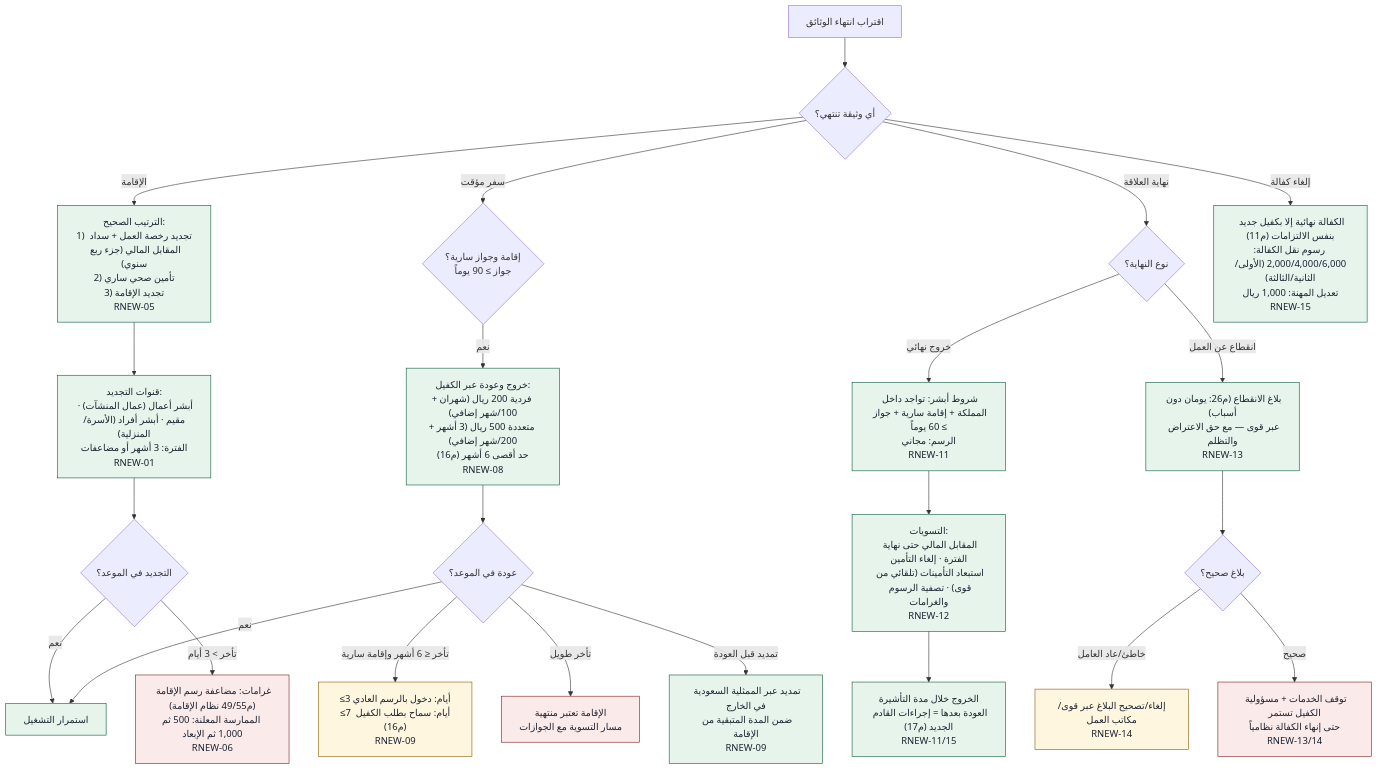
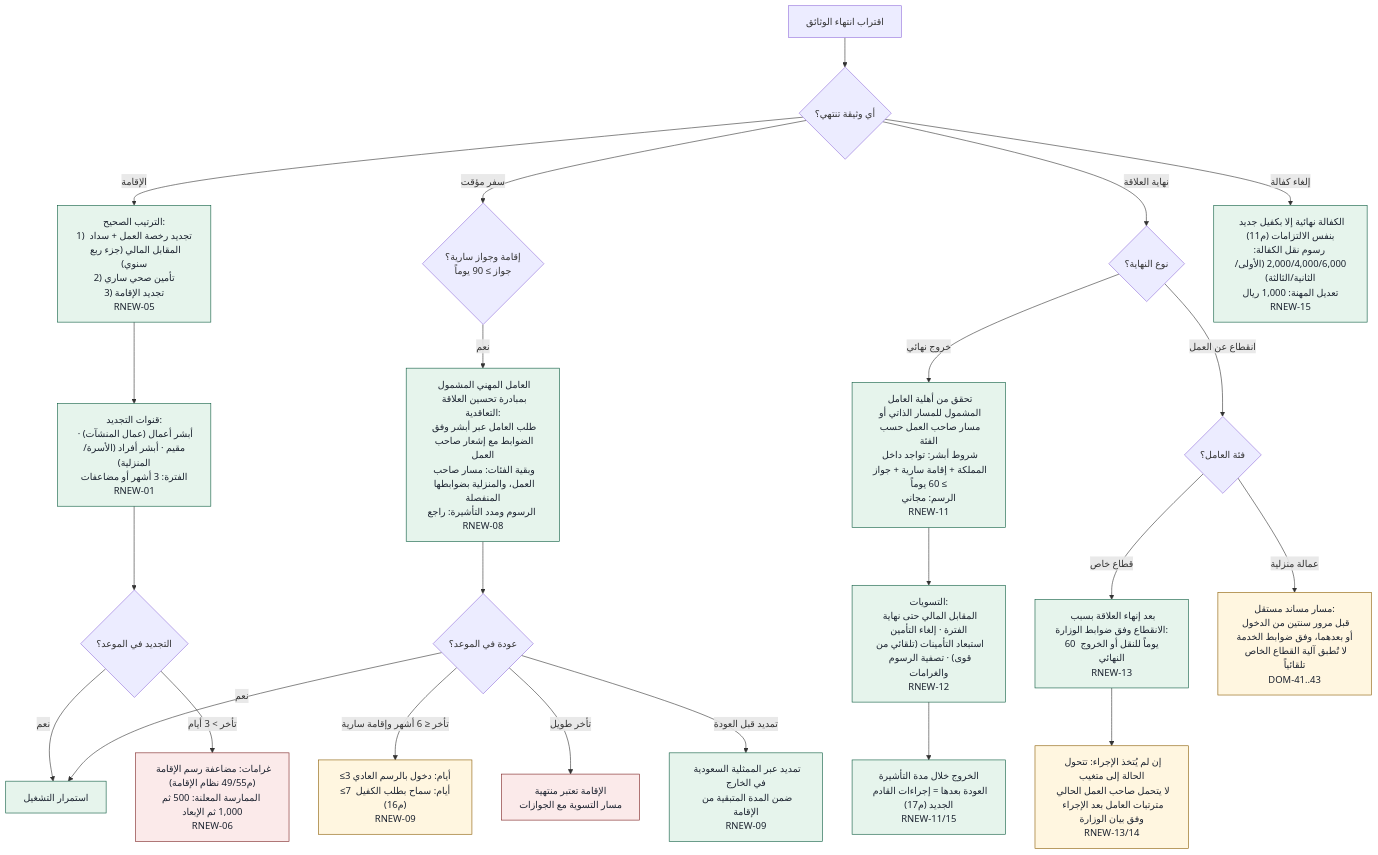
Before and after one commit to eng540/saudi-labor-intel: the diagram in flows/02-renewal-exit.md, drawn with Mermaid. The commit also changed other lines of this file, not shown here.

Commit message:
fix: audited corrections in flows/02-renewal-exit.md
Targeted audit correction, 2026-11-20.

````diff
--- a/flows/02-renewal-exit.md
+++ b/flows/02-renewal-exit.md
@@ -5,39 +5,39 @@
 ```mermaid
 flowchart TD
     S["اقتراب انتهاء الوثائق"] --> A{"أي وثيقة تنتهي؟"}
 
     %% دورة التجديد
     A -- الإقامة --> R1["الترتيب الصحيح:<br/>1) تجديد رخصة العمل + سداد المقابل المالي (جزء ربع سنوي)<br/>2) تأمين صحي ساري<br/>3) تجديد الإقامة<br/>RNEW-05"]:::ok
     R1 --> R2["قنوات التجديد:<br/>أبشر أعمال (عمال المنشآت) · مقيم · أبشر أفراد (الأسرة/المنزلية)<br/>الفترة: 3 أشهر أو مضاعفات<br/>RNEW-01"]:::ok
     R2 --> R3{"التجديد في الموعد؟"}
     R3 -- نعم --> R4[استمرار التشغيل]:::ok
     R3 -- "تأخر > 3 أيام" --> R5["غرامات: مضاعفة رسم الإقامة (م49/55 نظام الإقامة)<br/>الممارسة المعلنة: 500 ثم 1,000 ثم الإبعاد<br/>RNEW-06"]:::bad
 
     A -- سفر مؤقت --> E1{"إقامة وجواز سارية؟<br/>جواز ≥ 90 يوماً"}
-    E1 -- نعم --> E2["خروج وعودة عبر الكفيل:<br/>فردية 200 ريال (شهران + 100/شهر إضافي)<br/>متعددة 500 ريال (3 أشهر + 200/شهر إضافي)<br/>حد أقصى 6 أشهر (م16)<br/>RNEW-08"]:::ok
+    E1 -- نعم --> E2["العامل المهني المشمول بمبادرة تحسين العلاقة التعاقدية:<br/>طلب العامل عبر أبشر وفق الضوابط مع إشعار صاحب العمل<br/>وبقية الفئات: مسار صاحب العمل، والمنزلية بضوابطها المنفصلة<br/>الرسوم ومدد التأشيرة: راجع RNEW-08"]:::ok
     E2 --> E3{"عودة في الموعد؟"}
     E3 -- نعم --> R4
     E3 -- "تأخر ≤ 6 أشهر وإقامة سارية" --> E4["≤3 أيام: دخول بالرسم العادي<br/>≤7 أيام: سماح بطلب الكفيل (م16)<br/>RNEW-09"]:::warn
     E3 -- تأخر طويل --> E5[الإقامة تعتبر منتهية<br/>مسار التسوية مع الجوازات]:::bad
     E3 -- "تمديد قبل العودة" --> E6["تمديد عبر الممثلية السعودية في الخارج<br/>ضمن المدة المتبقية من الإقامة<br/>RNEW-09"]:::ok
 
     A -- نهاية العلاقة --> F1{"نوع النهاية؟"}
 
     %% الخروج النهائي
-    F1 -- "خروج نهائي" --> F2["شروط أبشر: تواجد داخل المملكة + إقامة سارية + جواز ≥ 60 يوماً<br/>الرسم: مجاني<br/>RNEW-11"]:::ok
+    F1 -- "خروج نهائي" --> F2["تحقق من أهلية العامل المشمول للمسار الذاتي أو مسار صاحب العمل حسب الفئة<br/>شروط أبشر: تواجد داخل المملكة + إقامة سارية + جواز ≥ 60 يوماً<br/>الرسم: مجاني<br/>RNEW-11"]:::ok
     F2 --> F3["التسويات:<br/>المقابل المالي حتى نهاية الفترة · إلغاء التأمين<br/>استبعاد التأمينات (تلقائي من قوى) · تصفية الرسوم والغرامات<br/>RNEW-12"]:::ok
     F3 --> F4["الخروج خلال مدة التأشيرة<br/>العودة بعدها = إجراءات القادم الجديد (م17)<br/>RNEW-11/15"]:::ok
 
     %% البلاغ/الانقطاع
-    F1 -- "انقطاع عن العمل" --> G1["بلاغ الانقطاع (م26: يومان دون أسباب)<br/>عبر قوى — مع حق الاعتراض والتظلم<br/>RNEW-13"]:::ok
-    G1 --> G2{"بلاغ صحيح؟"}
-    G2 -- خاطئ/عاد العامل --> G3["إلغاء/تصحيح البلاغ عبر قوى/مكاتب العمل<br/>RNEW-14"]:::warn
-    G2 -- صحيح --> G4["توقف الخدمات + مسؤولية الكفيل تستمر<br/>حتى إنهاء الكفالة نظامياً<br/>RNEW-13/14"]:::bad
+    F1 -- "انقطاع عن العمل" --> G1{"فئة العامل؟"}
+    G1 -- "قطاع خاص" --> G2["بعد إنهاء العلاقة بسبب الانقطاع وفق ضوابط الوزارة:<br/>60 يوماً للنقل أو الخروج النهائي<br/>RNEW-13"]:::ok
+    G2 --> G4["إن لم يُتخذ الإجراء: تتحول الحالة إلى متغيب<br/>لا يتحمل صاحب العمل الحالي مترتبات العامل بعد الإجراء وفق بيان الوزارة<br/>RNEW-13/14"]:::warn
+    G1 -- "عمالة منزلية" --> G3["مسار مساند مستقل:<br/>قبل مرور سنتين من الدخول أو بعدهما، وفق ضوابط الخدمة<br/>لا تُطبق آلية القطاع الخاص تلقائياً<br/>DOM-41..43"]:::warn
 
     %% إلغاء الكفالة
     A -- "إلغاء كفالة" --> H1["الكفالة نهائية إلا بكفيل جديد بنفس الالتزامات (م11)<br/>رسوم نقل الكفالة: 2,000/4,000/6,000 (الأولى/الثانية/الثالثة)<br/>تعديل المهنة: 1,000 ريال<br/>RNEW-15"]:::ok
 
     classDef ok fill:#e6f4ec,stroke:#0b5b3f,color:#1c2330
     classDef warn fill:#fff6e0,stroke:#8a5b00,color:#1c2330
     classDef bad fill:#fbeaea,stroke:#7a1f1f,color:#1c2330
 ```
````
